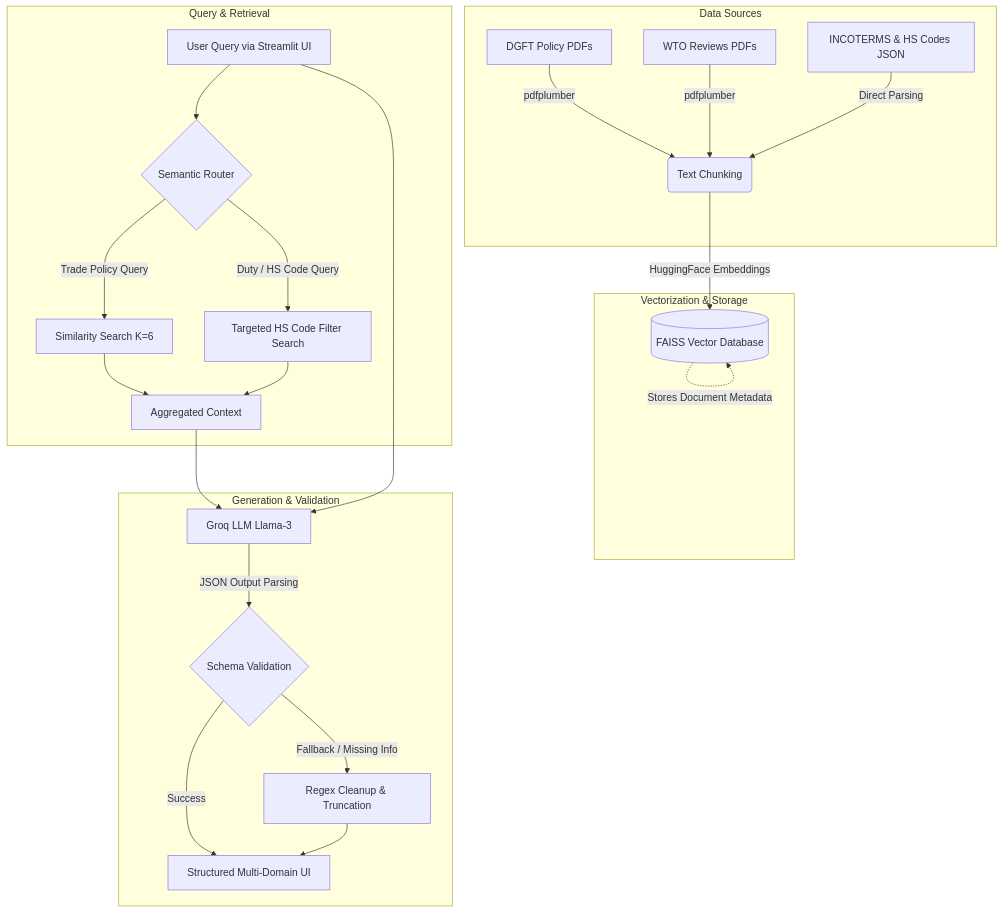
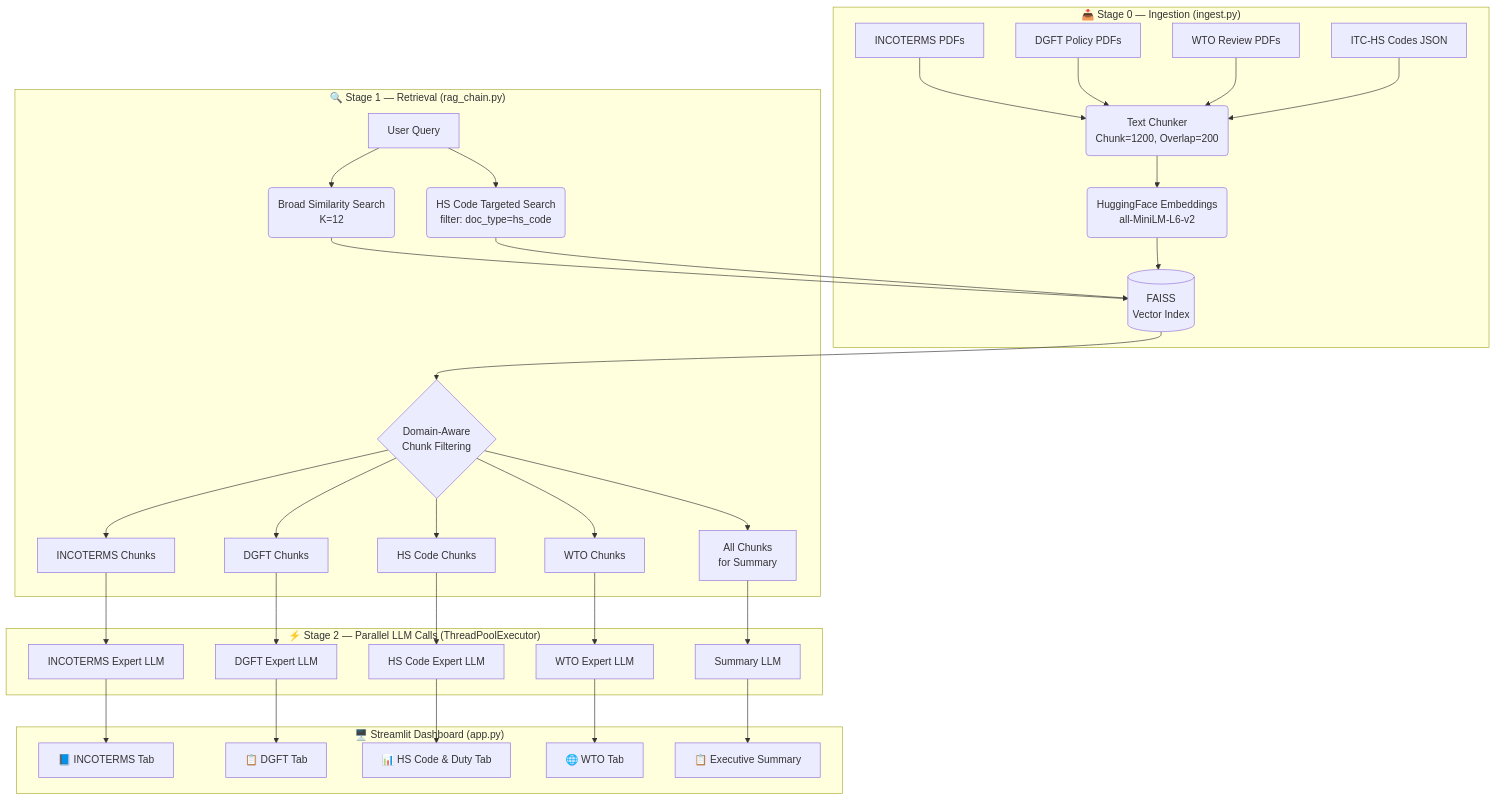
One commit to NaveenHuggi/Gen-AI-Hackathon-Project changed the diagram in README.md. Above: the diagram before and after it, drawn with Mermaid. The commit also changed other lines of this file and 4 other files, not shown here.

````diff
--- a/README.md
+++ b/README.md
@@ -28,30 +71,40 @@
 ```mermaid
 graph TD
-    subgraph Data Sources
-        A[DGFT Policy PDFs] -->|pdfplumber| D(Text Chunking)
-        B[WTO Reviews PDFs] -->|pdfplumber| D
-        C[INCOTERMS & HS Codes JSON] -->|Direct Parsing| D
+    subgraph Ingestion["📥 Stage 0 — Ingestion (ingest.py)"]
+        A1[INCOTERMS PDFs] --> CH(Text Chunker\nChunk=1200, Overlap=200)
+        A2[DGFT Policy PDFs] --> CH
+        A3[WTO Review PDFs] --> CH
+        A4[ITC-HS Codes JSON] --> CH
+        CH --> EMB(HuggingFace Embeddings\nall-MiniLM-L6-v2)
+        EMB --> FAISS[(FAISS\nVector Index)]
     end
 
-    subgraph Vectorization & Storage
-        D -->|HuggingFace Embeddings| E[(FAISS Vector Database)]
-        E -.->|Stores Document Metadata| E
+    subgraph Query["🔍 Stage 1 — Retrieval (rag_chain.py)"]
+        Q[User Query] --> RS(Broad Similarity Search\nK=12)
+        RS --> FAISS
+        Q --> HS_BOOST(HS Code Targeted Search\nfilter: doc_type=hs_code)
+        HS_BOOST --> FAISS
+        FAISS --> FILTER{Domain-Aware\nChunk Filtering}
+        FILTER --> CTX_INC[INCOTERMS Chunks]
+        FILTER --> CTX_DGFT[DGFT Chunks]
+        FILTER --> CTX_HS[HS Code Chunks]
+        FILTER --> CTX_WTO[WTO Chunks]
+        FILTER --> CTX_ALL[All Chunks\nfor Summary]
     end
 
-    subgraph Query & Retrieval
-        F[User Query via Streamlit UI] --> G{Semantic Router}
-        G -->|Trade Policy Query| H[Similarity Search K=6]
-        G -->|Duty / HS Code Query| I[Targeted HS Code Filter Search]
-        H --> J[Aggregated Context]
-        I --> J
+    subgraph Generation["⚡ Stage 2 — Parallel LLM Calls (ThreadPoolExecutor)"]
+        CTX_INC --> LLM1[INCOTERMS Expert LLM]
+        CTX_DGFT --> LLM2[DGFT Expert LLM]
+        CTX_HS --> LLM3[HS Code Expert LLM]
+        CTX_WTO --> LLM4[WTO Expert LLM]
+        CTX_ALL --> LLM5[Summary LLM]
     end
 
-    subgraph Generation & Validation
-        J --> K[Groq LLM Llama-3]
-        F --> K
-        K -->|JSON Output Parsing| L{Schema Validation}
-        L -->|Success| M[Structured Multi-Domain UI]
-        L -->|Fallback / Missing Info| N[Regex Cleanup & Truncation]
-        N --> M
+    subgraph UI["🖥️ Streamlit Dashboard (app.py)"]
+        LLM1 --> TAB1[📘 INCOTERMS Tab]
+        LLM2 --> TAB2[📋 DGFT Tab]
+        LLM3 --> TAB3[📊 HS Code & Duty Tab]
+        LLM4 --> TAB4[🌐 WTO Tab]
+        LLM5 --> SUM[📋 Executive Summary]
     end
 ```
````
